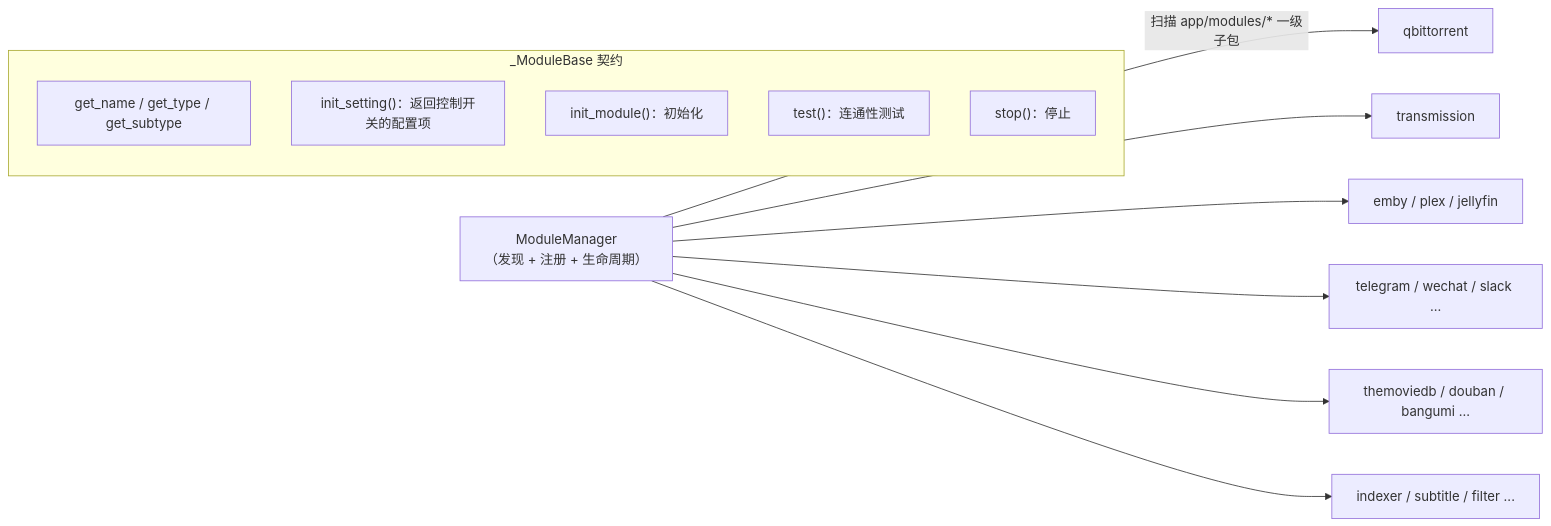
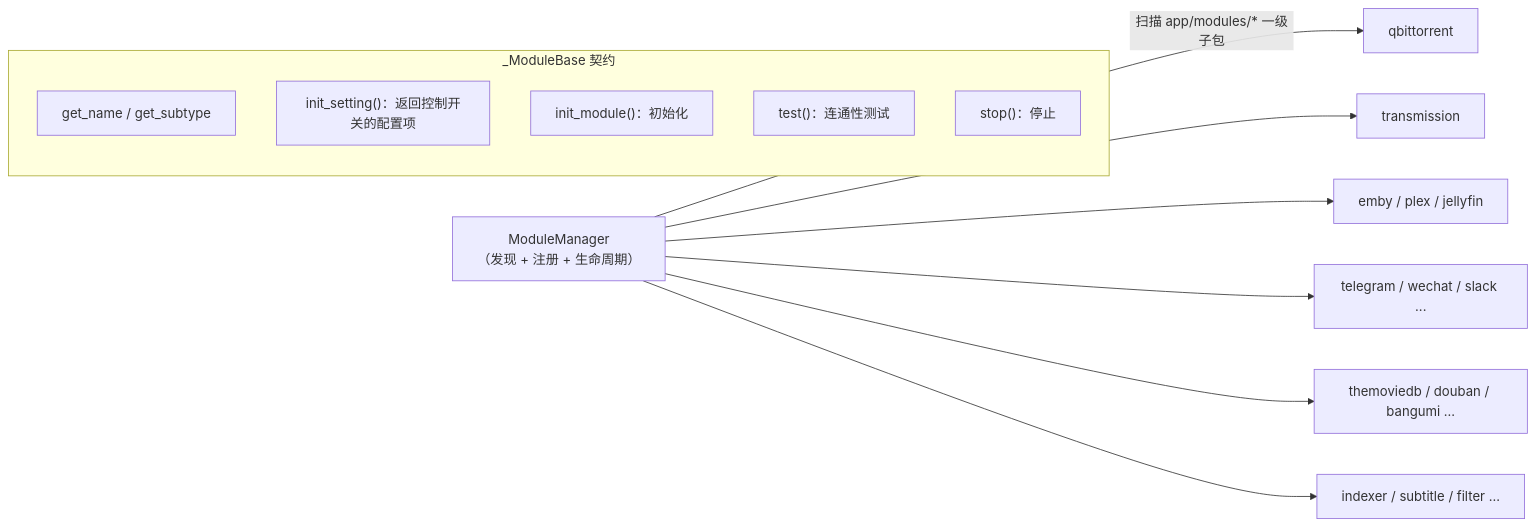
The fourth of 14 diagrams in docs/architecture-overview.md (jxxghp/MoviePilot), drawn with Mermaid before and after one commit. The commit also changed other lines of this file and 106 other files, not shown here.

````diff
--- a/docs/architecture-overview.md
+++ b/docs/architecture-overview.md
@@ -236,18 +236,18 @@
 ```mermaid
 flowchart LR
     subgraph 契约["_ModuleBase 契约"]
-        A["get_name / get_type / get_subtype"]
+        A["get_name / get_subtype"]
         B["init_setting()：返回控制开关的配置项"]
         C["init_module()：初始化"]
         D["test()：连通性测试"]
         E["stop()：停止"]
     end
 
     MM["ModuleManager<br/>（发现 + 注册 + 生命周期）"]
     MM -->|扫描 app/modules/* 一级子包| M1["qbittorrent"]
     MM --> M2["transmission"]
     MM --> M3["emby / plex / jellyfin"]
     MM --> M4["telegram / wechat / slack ..."]
     MM --> M5["themoviedb / douban / bangumi ..."]
     MM --> M6["indexer / subtitle / filter ..."]
 ```
````
